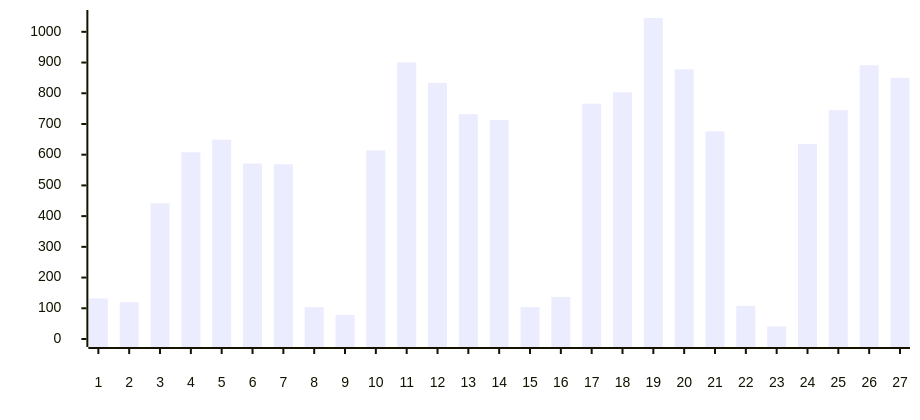
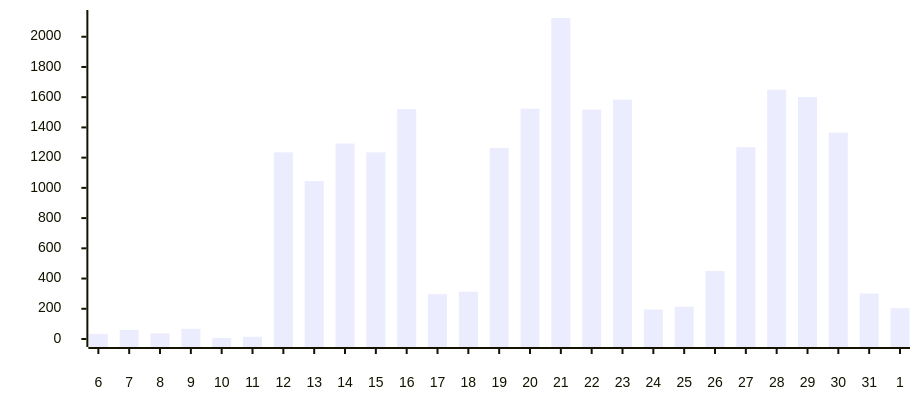
Before and after one commit to austenstone/copilot-usage: the tenth of 11 diagrams in __tests__/mock/sample-output.md, drawn with Mermaid. The commit also changed other lines of this file and 6 other files, not shown here.

````diff
--- a/__tests__/mock/sample-output.md
+++ b/__tests__/mock/sample-output.md
@@ -228,20 +228,20 @@
 ```mermaid
 ---
 config:
     xyChart:
         width: 900
         height: 400
         xAxis:
             labelPadding: 20
         yAxis:
             labelPadding: 20
     themeVariables:
         xyChart:
             backgroundColor: "transparent"
 ---
 xychart-beta
 
-  x-axis  [1, 2, 3, 4, 5, 6, 7, 8, 9, 10, 11, 12, 13, 14, 15, 16, 17, 18, 19, 20, 21, 22, 23, 24, 25, 26, 27]
-  y-axis  0 --> 1045
-bar  [132, 120, 442, 608, 649, 571, 569, 104, 78, 614, 901, 834, 732, 713, 104, 137, 766, 803, 1045, 878, 676, 108, 41, 635, 745, 891, 850]
+  x-axis  [6, 7, 8, 9, 10, 11, 12, 13, 14, 15, 16, 17, 18, 19, 20, 21, 22, 23, 24, 25, 26, 27, 28, 29, 30, 31, 1]
+  y-axis  0 --> 2124
+bar  [34, 60, 38, 68, 7, 15, 1235, 1045, 1293, 1235, 1522, 297, 313, 1264, 1524, 2124, 1518, 1584, 195, 214, 450, 1270, 1649, 1601, 1366, 301, 204]
 ```
````
